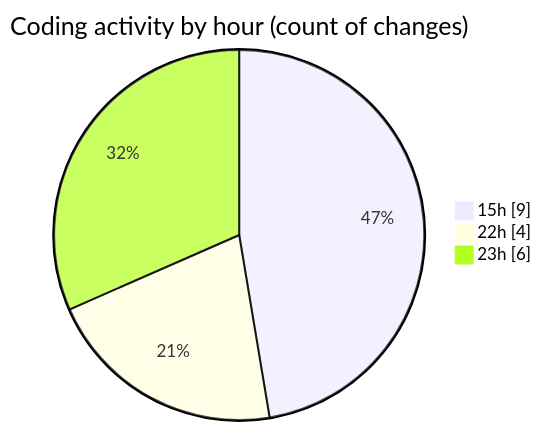
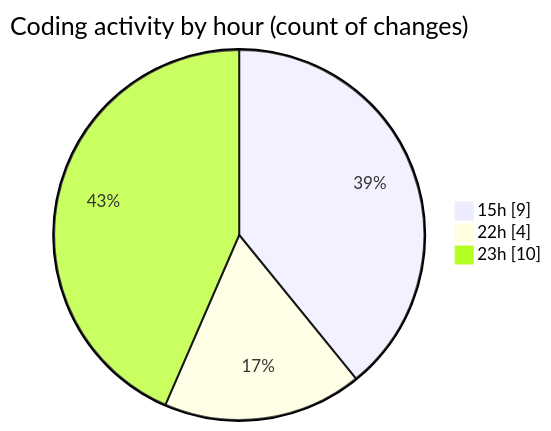
One commit to julien-gomy/code-tracking changed the second of 2 diagrams in 2025-10-07/cdp_aleoudev_fr__workspace_/README.md. Above: the diagram before and after it, drawn with Mermaid. The commit also changed other lines of this file and 1 other file, not shown here.

````diff
--- a/2025-10-07/cdp_aleoudev_fr__workspace_/README.md
+++ b/2025-10-07/cdp_aleoudev_fr__workspace_/README.md
@@ -30,7 +31,7 @@
 ```mermaid
 pie showData
 title Coding activity by hour (count of changes)
 "15h" : 9
 "22h" : 4
-"23h" : 6
+"23h" : 10
 ```
````
